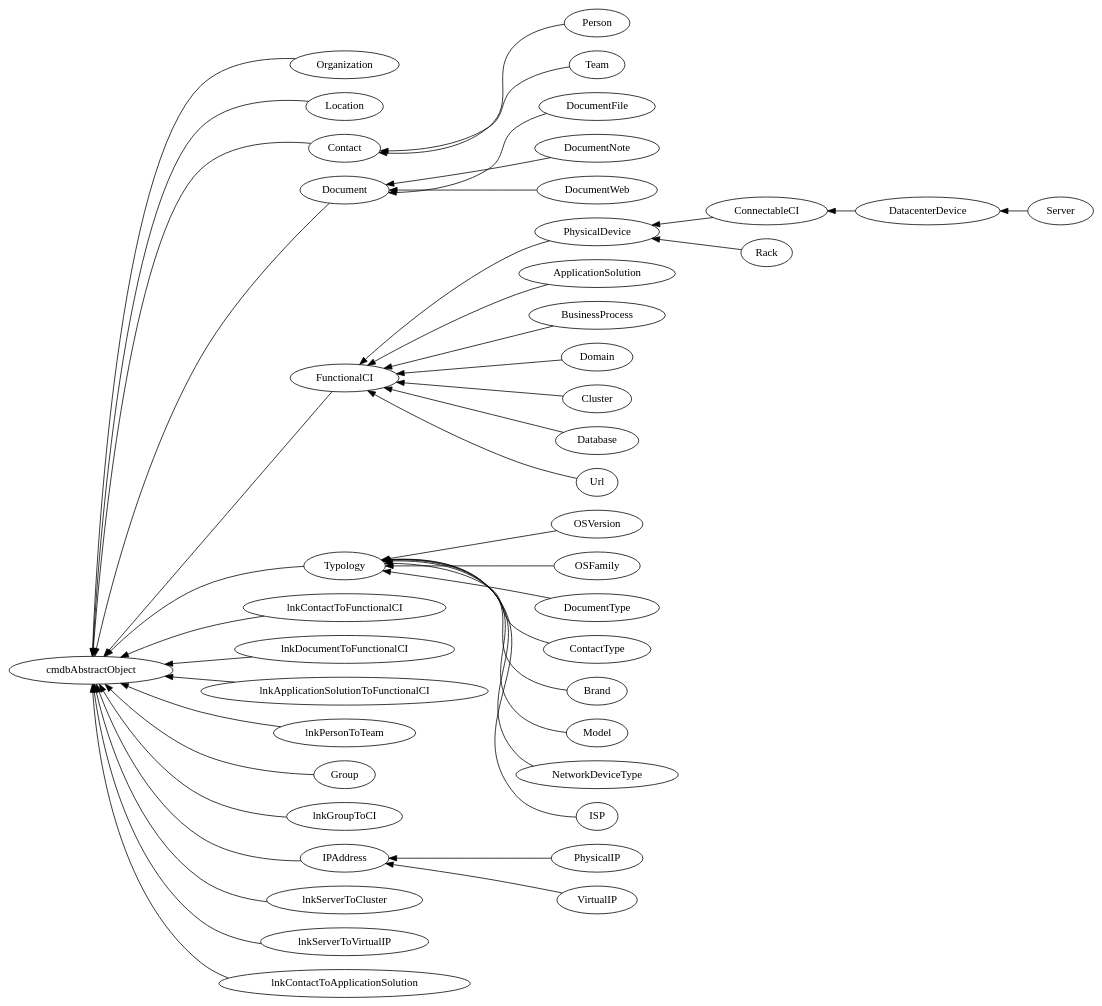
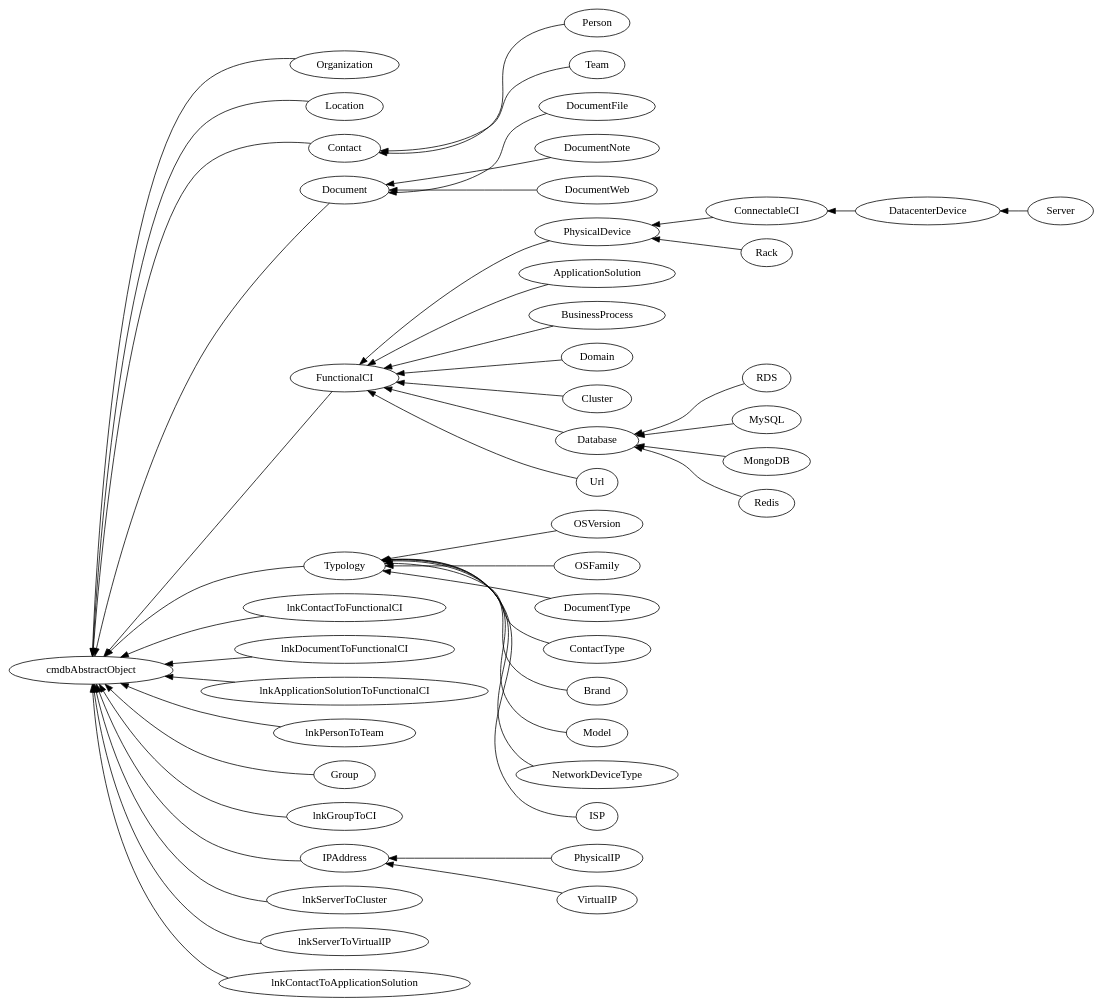
The diagram in itop.dot (ops-itop/itop-extensions), drawn with Graphviz before and after one commit. The commit also changed 2 other files, not shown here.

```diff
--- a/itop.dot
+++ b/itop.dot
@@ -1,45 +1,49 @@
 digraph G{
 rankdir=RL
 Organization->cmdbAbstractObject
 Location->cmdbAbstractObject
 Contact->cmdbAbstractObject
 Person->Contact
 Team->Contact
 Document->cmdbAbstractObject
 DocumentFile->Document
 DocumentNote->Document
 DocumentWeb->Document
 FunctionalCI->cmdbAbstractObject
 PhysicalDevice->FunctionalCI
 ConnectableCI->PhysicalDevice
 DatacenterDevice->ConnectableCI
 Server->DatacenterDevice
 ApplicationSolution->FunctionalCI
 BusinessProcess->FunctionalCI
 Typology->cmdbAbstractObject
 OSVersion->Typology
 OSFamily->Typology
 DocumentType->Typology
 ContactType->Typology
 Brand->Typology
 Model->Typology
 NetworkDeviceType->Typology
 lnkContactToFunctionalCI->cmdbAbstractObject
 lnkDocumentToFunctionalCI->cmdbAbstractObject
 lnkApplicationSolutionToFunctionalCI->cmdbAbstractObject
 lnkPersonToTeam->cmdbAbstractObject
 Group->cmdbAbstractObject
 lnkGroupToCI->cmdbAbstractObject
 IPAddress->cmdbAbstractObject
 PhysicalIP->IPAddress
 VirtualIP->IPAddress
 Domain->FunctionalCI
 Cluster->FunctionalCI
 Database->FunctionalCI
+RDS->Database
+MySQL->Database
+MongoDB->Database
+Redis->Database
 Url->FunctionalCI
 Rack->PhysicalDevice
 ISP->Typology
 lnkServerToCluster->cmdbAbstractObject
 lnkServerToVirtualIP->cmdbAbstractObject
 lnkContactToApplicationSolution->cmdbAbstractObject
 }
```
